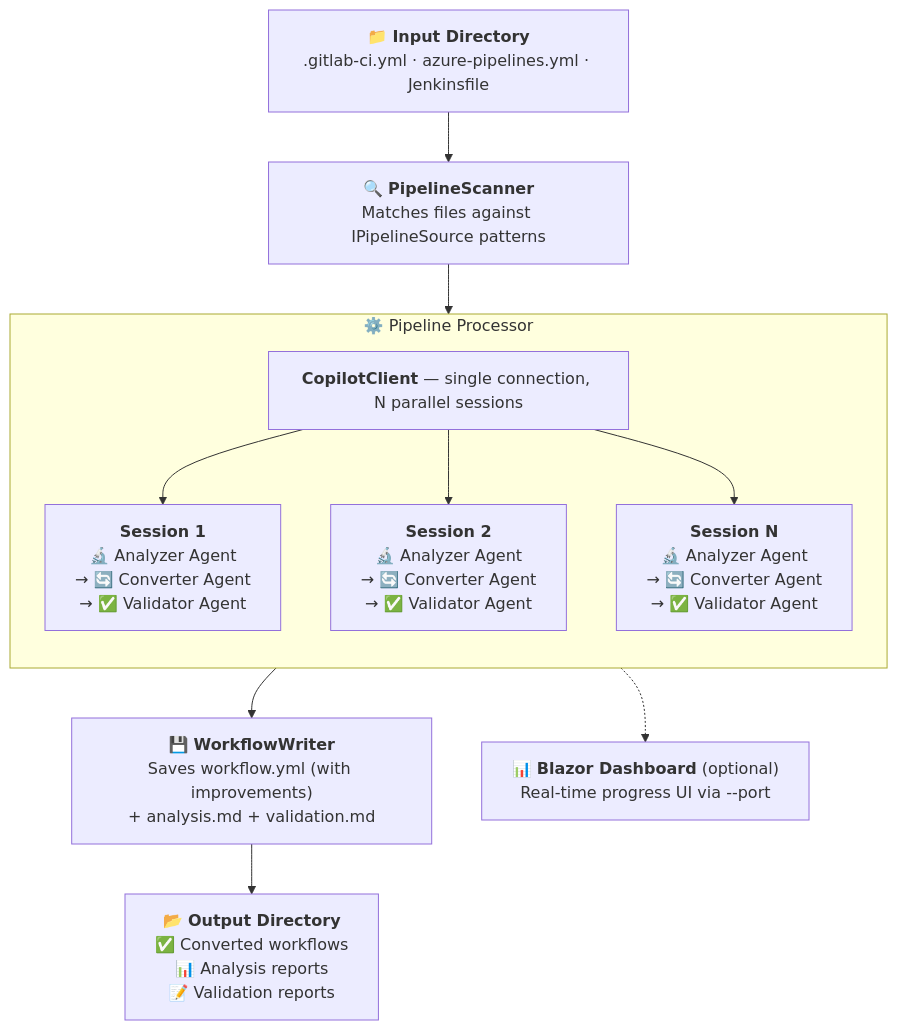
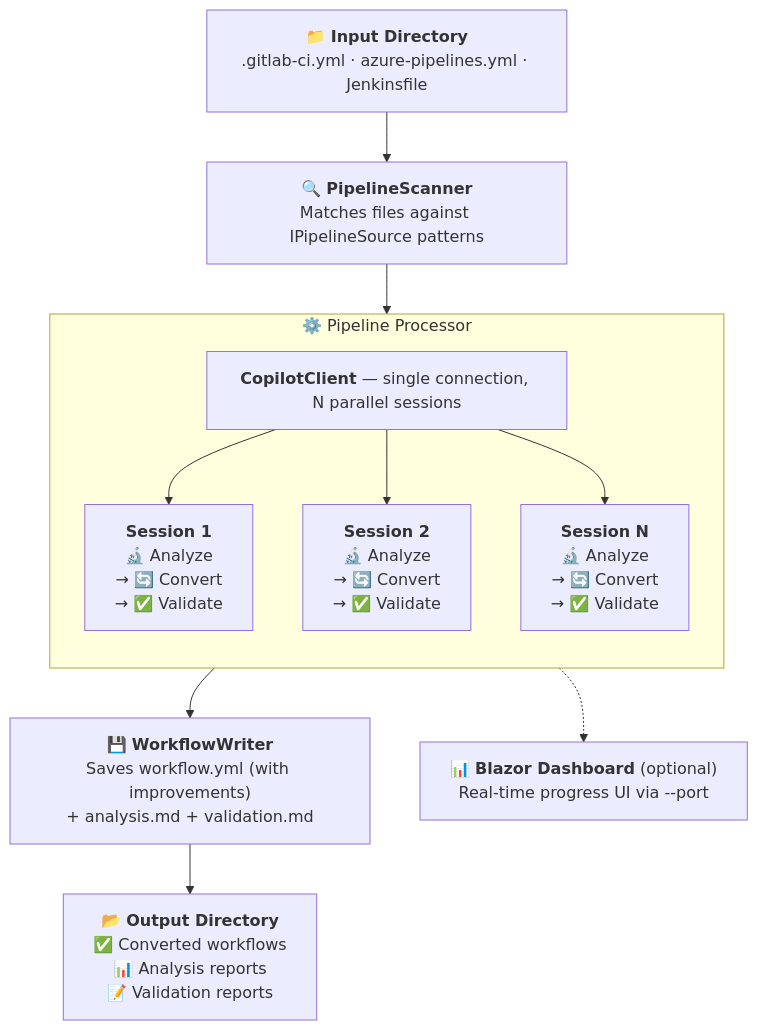
Before and after one commit to Frank802/ghcp-action-importer: the diagram in README.md, drawn with Mermaid. The commit also changed other lines of this file, not shown here.

Commit message:
Refactor README.md: update agent definitions to prompt files, enhance clarity in conversion process, and improve configuration details

````diff
--- a/README.md
+++ b/README.md
@@ -27,37 +27,37 @@
 ```mermaid
 ---
 config:
   flowchart:
     wrappingWidth: 300
 ---
 flowchart TB
     Input["📁 <b>Input Directory</b><br/>.gitlab-ci.yml · azure-pipelines.yml · Jenkinsfile"]
 
     Scan["🔍 <b>PipelineScanner</b><br/>Matches files against IPipelineSource patterns"]
 
     Input --> Scan
 
     subgraph Process["⚙️ Pipeline Processor"]
         direction TB
         Client["<b>CopilotClient</b> — single connection, N parallel sessions"]
         Client --> S1 & S2 & SN
 
-        S1["<b>Session 1</b><br/>🔬 Analyzer Agent<br/>→ 🔄 Converter Agent<br/>→ ✅ Validator Agent"]
-        S2["<b>Session 2</b><br/>🔬 Analyzer Agent<br/>→ 🔄 Converter Agent<br/>→ ✅ Validator Agent"]
-        SN["<b>Session N</b><br/>🔬 Analyzer Agent<br/>→ 🔄 Converter Agent<br/>→ ✅ Validator Agent"]
+        S1["<b>Session 1</b><br/>🔬 Analyze<br/>→ 🔄 Convert<br/>→ ✅ Validate"]
+        S2["<b>Session 2</b><br/>🔬 Analyze<br/>→ 🔄 Convert<br/>→ ✅ Validate"]
+        SN["<b>Session N</b><br/>🔬 Analyze<br/>→ 🔄 Convert<br/>→ ✅ Validate"]
     end
 
     Scan --> Process
 
     Write["💾 <b>WorkflowWriter</b><br/>Saves workflow.yml (with improvements)<br/>+ analysis.md + validation.md"]
 
     Process --> Write
 
     Output["📂 <b>Output Directory</b><br/>✅ Converted workflows<br/>📊 Analysis reports<br/>📝 Validation reports"]
 
     Write --> Output
 
     Dashboard["📊 <b>Blazor Dashboard</b> (optional)<br/>Real-time progress UI via --port"]
 
     Process -.-> Dashboard
 ```
````
